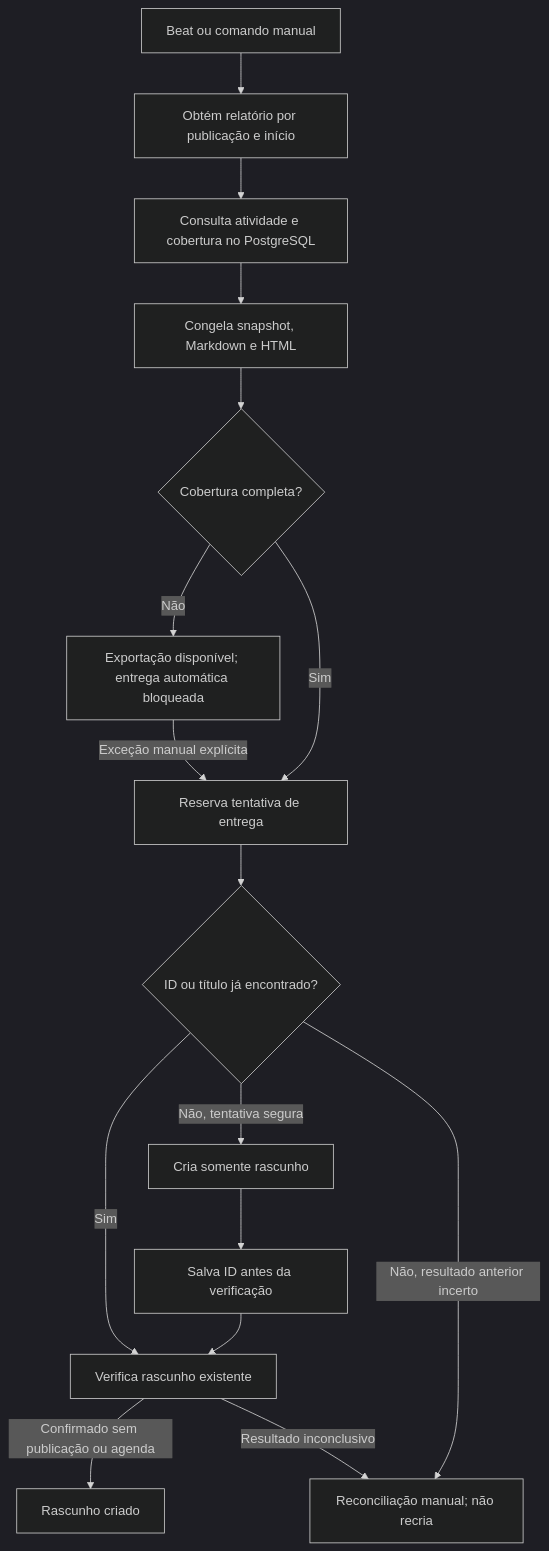
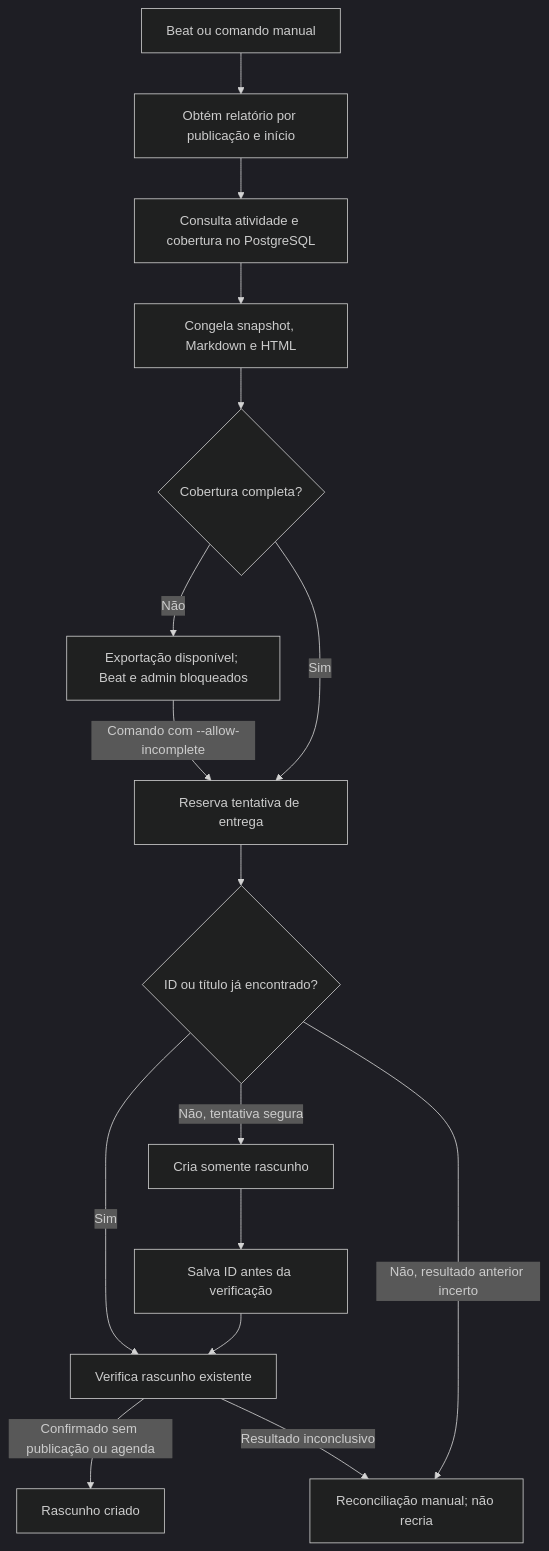
One commit to institutoazmina/elas-no-congresso-api changed the diagram in docs/decisions/001-weekly-substack-drafts.md. Above: the diagram before and after it, drawn with Mermaid (dark theme). The commit also changed other lines of this file and 15 other files, not shown here.

````diff
--- a/docs/decisions/001-weekly-substack-drafts.md
+++ b/docs/decisions/001-weekly-substack-drafts.md
@@ -43,18 +45,18 @@
 ```mermaid
 flowchart TD
     A[Beat ou comando manual] --> B[Obtém relatório por publicação e início]
     B --> C[Consulta atividade e cobertura no PostgreSQL]
     C --> D[Congela snapshot, Markdown e HTML]
     D --> E{Cobertura completa?}
-    E -->|Não| F[Exportação disponível; entrega automática bloqueada]
-    F -->|Exceção manual explícita| G[Reserva tentativa de entrega]
+    E -->|Não| F[Exportação disponível; Beat e admin bloqueados]
+    F -->|Comando com --allow-incomplete| G[Reserva tentativa de entrega]
     E -->|Sim| G
     G --> H{ID ou título já encontrado?}
     H -->|Sim| J[Verifica rascunho existente]
     H -->|Não, tentativa segura| I[Cria somente rascunho]
     I --> K[Salva ID antes da verificação]
     K --> J
     H -->|Não, resultado anterior incerto| L[Reconciliação manual; não recria]
     J -->|Confirmado sem publicação ou agenda| M[Rascunho criado]
     J -->|Resultado inconclusivo| L
 ```
````
